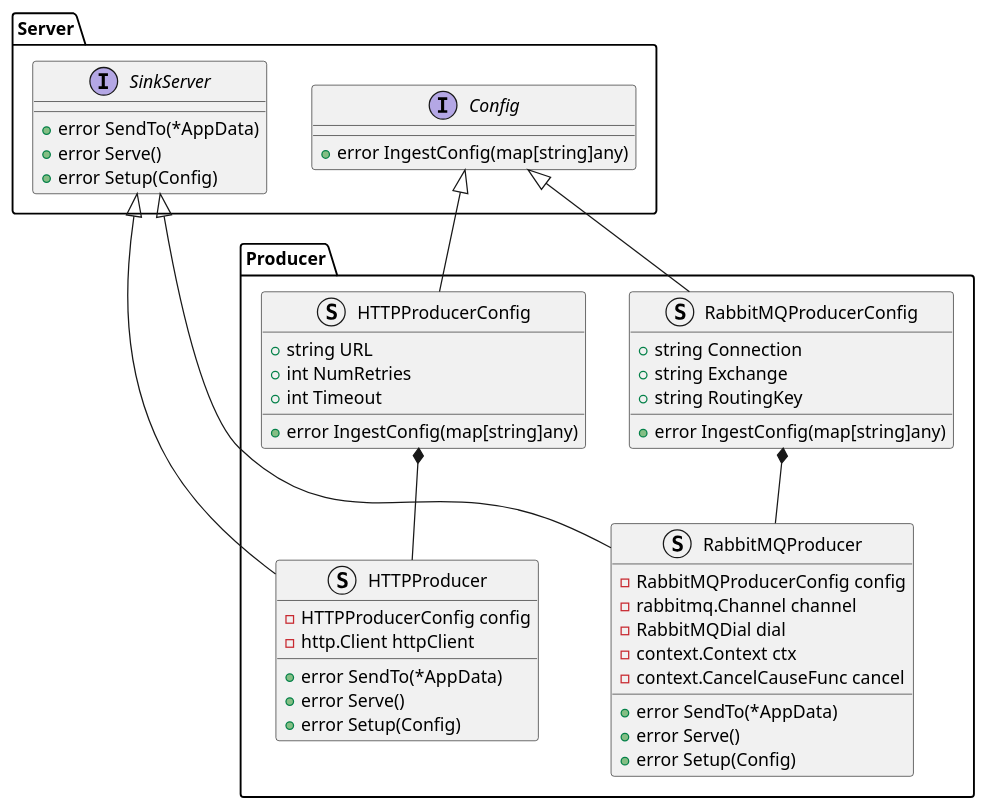
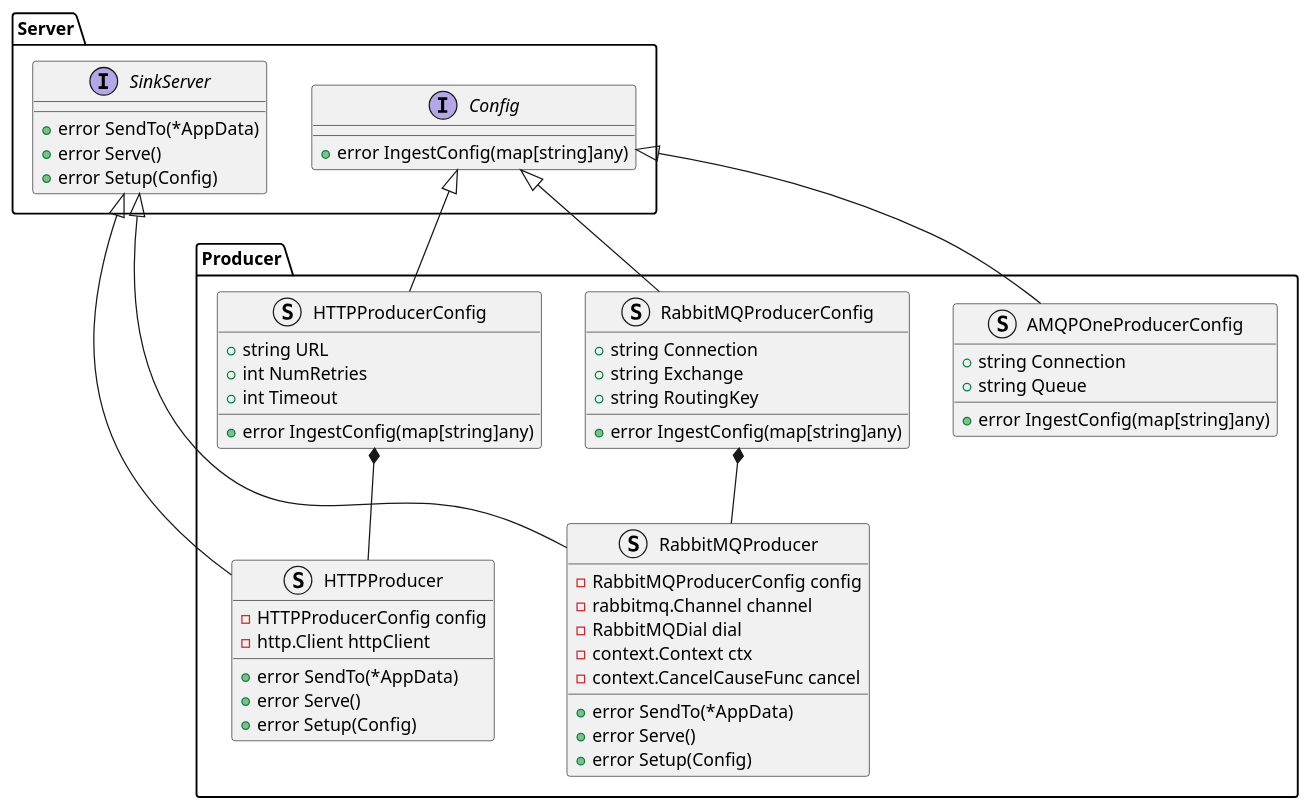
The diagram in docs/design_notes/DN1_JSON_Extractor/class_diagram_Producers.puml (xtuml/otel2pv), drawn with PlantUML before and after one commit. The commit also changed 3 other files, not shown here.

First line of the commit message:
Cdsopv 131 create amqp one producer config (#70)

```diff
--- a/docs/design_notes/DN1_JSON_Extractor/class_diagram_Producers.puml
+++ b/docs/design_notes/DN1_JSON_Extractor/class_diagram_Producers.puml
@@ -1,52 +1,58 @@
 @startuml
 namespace Server {
     interface SinkServer {
         +error SendTo(*AppData)
         +error Serve()
         +error Setup(Config)
     }
     interface Config {
         +error IngestConfig(map[string]any)
     }
 }
 namespace Producer {
     struct HTTPProducer {
         -HTTPProducerConfig config
         -http.Client httpClient
         +error SendTo(*AppData)
         +error Serve()
         +error Setup(Config)
     }
     struct RabbitMQProducer {
         -RabbitMQProducerConfig config
         -rabbitmq.Channel channel
         -RabbitMQDial dial
         -context.Context ctx
         -context.CancelCauseFunc cancel
         +error SendTo(*AppData)
         +error Serve()
         +error Setup(Config)
     }
     struct HTTPProducerConfig {
         +string URL
         +int NumRetries
         +int Timeout
         +error IngestConfig(map[string]any)
     }
     struct RabbitMQProducerConfig {
         +string Connection
         +string Exchange
         +string RoutingKey
         +error IngestConfig(map[string]any)
     }
+    struct AMQPOneProducerConfig {
+        +string Connection
+        +string Queue
+        +error IngestConfig(map[string]any)
+    }
 
 }
 
 Server.SinkServer <|-- Producer.HTTPProducer
 Server.SinkServer <|-- Producer.RabbitMQProducer
 
 Server.Config <|-- Producer.HTTPProducerConfig
 Server.Config <|-- Producer.RabbitMQProducerConfig
+Server.Config <|-- Producer.AMQPOneProducerConfig
 Producer.HTTPProducerConfig *-- Producer.HTTPProducer
 Producer.RabbitMQProducerConfig *-- Producer.RabbitMQProducer
 @enduml
```
